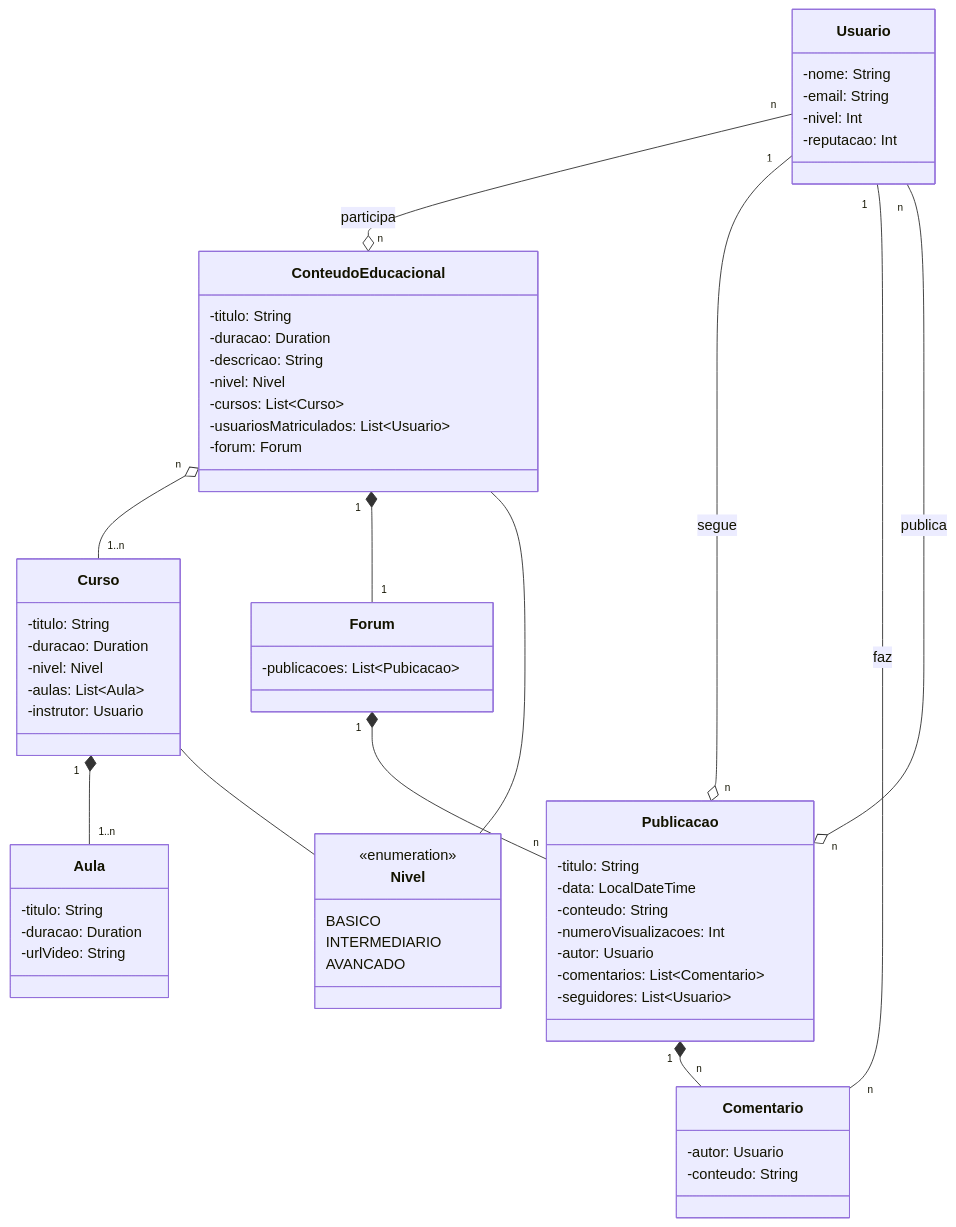
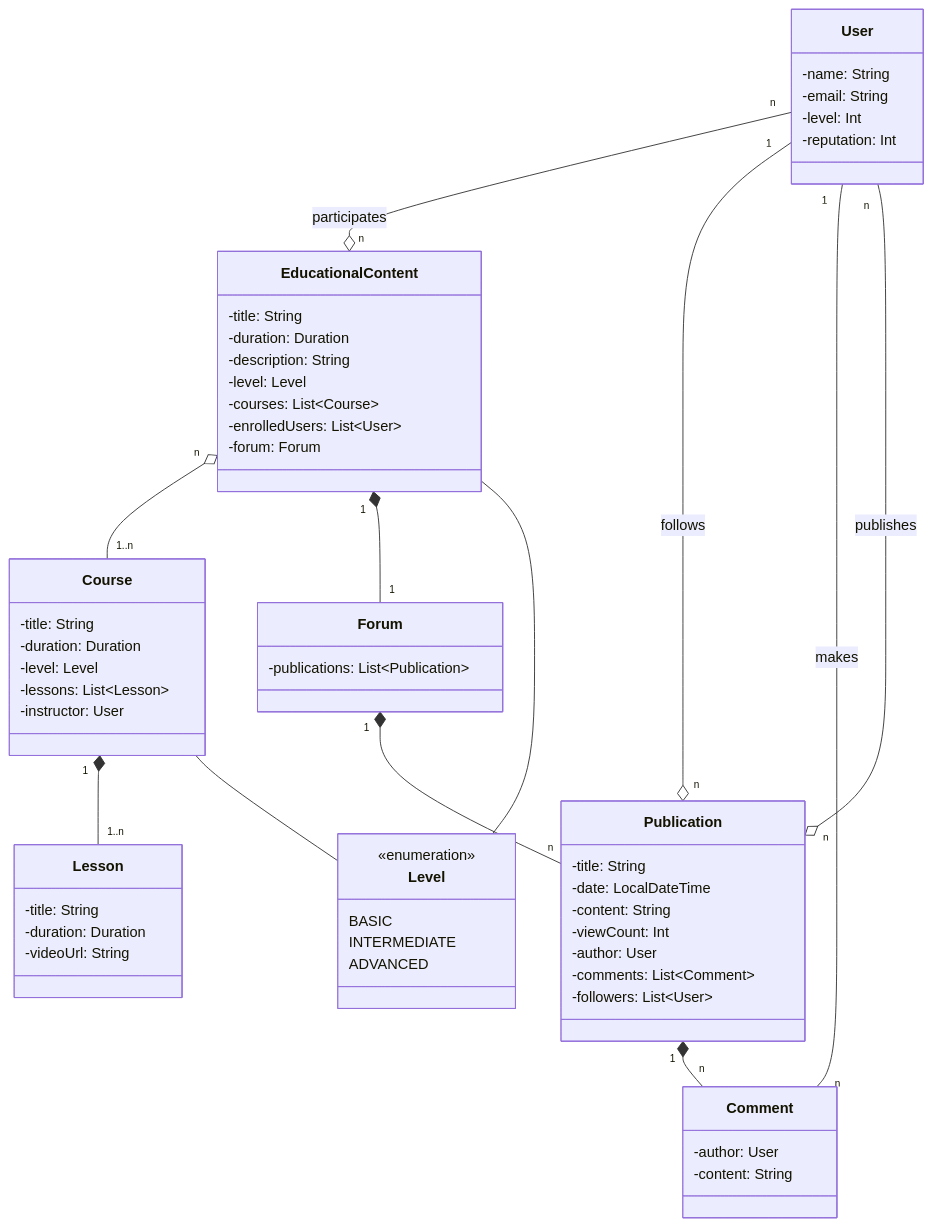
One commit to matheus-fvp13/sistema-formacoes-kotlin changed the diagram in README.md. Above: the diagram before and after it, drawn with Mermaid. The commit also changed 6 other files, not shown here.

Commit message:
starting the classes Course, Lesson and User

````diff
--- a/README.md
+++ b/README.md
@@ -7,65 +7,65 @@
 ```mermaid
 classDiagram
-    class Usuario {
-        -nome: String
+    class User {
+        -name: String
         -email: String 
-        -nivel: Int
-        -reputacao: Int
+        -level: Int
+        -reputation: Int
     }
-    class ConteudoEducacional {
-        -titulo: String
-        -duracao: Duration
-        -descricao: String
-        -nivel: Nivel
-        -cursos: List~Curso~
-        -usuariosMatriculados: List~Usuario~
+    class EducationalContent {
+        -title: String
+        -duration: Duration
+        -description: String
+        -level: Level
+        -courses: List~Course~
+        -enrolledUsers: List~User~
         -forum: Forum
     }
-    class Curso {
-        -titulo: String
-        -duracao: Duration
-        -nivel: Nivel
-        -aulas: List~Aula~
-        -instrutor: Usuario
+    class Course {
+        -title: String
+        -duration: Duration
+        -level: Level
+        -lessons: List~Lesson~
+        -instructor: User
     }
-    class Aula {
-        -titulo: String
-        -duracao: Duration
-        -urlVideo: String
+    class Lesson {
+        -title: String
+        -duration: Duration
+        -videoUrl: String
     }
     class Forum {
-        -publicacoes: List~Pubicacao~
+        -publications: List~Publication~
     }
-    class Publicacao {
-        -titulo: String
-        -data: LocalDateTime
-        -conteudo: String
-        -numeroVisualizacoes: Int
-        -autor: Usuario
-        -comentarios: List~Comentario~
-        -seguidores: List~Usuario~
+    class Publication {
+        -title: String
+        -date: LocalDateTime
+        -content: String
+        -viewCount: Int
+        -author: User
+        -comments: List~Comment~
+        -followers: List~User~
     }
-    class Comentario {
-        -autor: Usuario
-        -conteudo: String
+    class Comment {
+        -author: User
+        -content: String
     }
-    class Nivel {
+    class Level {
         <<enumeration>>
-        BASICO
-        INTERMEDIARIO
-        AVANCADO
+        BASIC
+        INTERMEDIATE
+        ADVANCED
     }
 
-    Usuario "n"--o"n" ConteudoEducacional : participa
-    ConteudoEducacional "n"o--"1..n" Curso
-    Curso "1"*--"1..n" Aula
-    Curso -- Nivel
-    ConteudoEducacional "1"*--"1" Forum
-    Forum "1"*--"n" Publicacao
-    Publicacao "n"o--"1" Usuario : segue
-    Publicacao "1"*--"n" Comentario
-    Comentario "n"--"1" Usuario : faz
-    Publicacao "n"o--"n" Usuario : publica
-    ConteudoEducacional -- Nivel
+    User "n"--o"n" EducationalContent : participates
+    EducationalContent "n"o--"1..n" Course
+    Course "1"*--"1..n" Lesson
+    Course -- Level
+    EducationalContent "1"*--"1" Forum
+    Forum "1"*--"n" Publication
+    Publication "n"o--"1" User : follows
+    Publication "1"*--"n" Comment
+    Comment "n"--"1" User : makes
+    Publication "n"o--"n" User : publishes
+    EducationalContent -- Level
    
 ```
````
